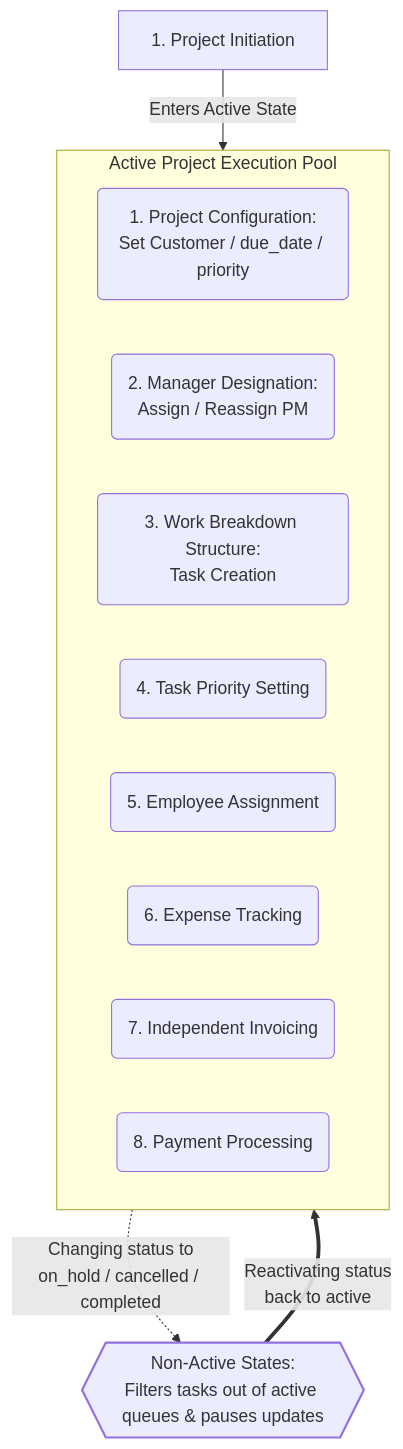
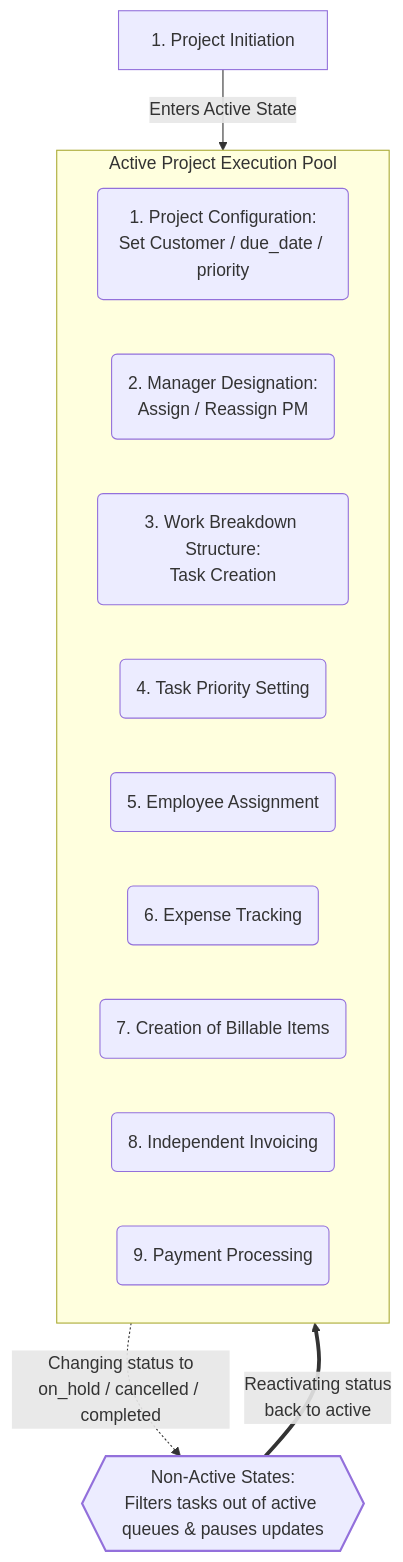
The first of 2 diagrams in docs/business-process.md (mauriciobarda/service-tenant-erp), drawn with Mermaid before and after one commit. The commit also changed other lines of this file, not shown here.

Commit message:
docs: refine billing lifecycle by introducing billable items workflows

````diff
--- a/docs/business-process.md
+++ b/docs/business-process.md
@@ -31,27 +32,28 @@
 ```mermaid
 flowchart TD
     classDef stateMachine stroke-width:2px;
 
     %% Phase 1: Initialization
     S0[1. Project Initiation] -->|Enters Active State| Active_Project_State
 
     %% Active Lifecycle Pool (Everything can happen concurrently)
     subgraph Active_Project_State [Active Project Execution Pool]
         S1("1. Project Configuration:\nSet Customer / due_date / priority")
         S2("2. Manager Designation:\nAssign / Reassign PM")
         S3("3. Work Breakdown Structure:\nTask Creation")
         S4("4. Task Priority Setting")
         S5("5. Employee Assignment")
         S6("6. Expense Tracking")
-        S7("7. Independent Invoicing")
-        S8("8. Payment Processing")
+        S7("7. Creation of Billable Items")
+        S8("8. Independent Invoicing")
+        S9("9. Payment Processing")
     end
 
     %% Global Interrupt pulling OUT of the active state
-    Active_Project_State -.->|"Changing status to\non_hold / cancelled / completed"| S9{{"Non-Active States:\nFilters tasks out of active queues & pauses updates"}}
+    Active_Project_State -.->|"Changing status to\non_hold / cancelled / completed"| S10{{"Non-Active States:\nFilters tasks out of active queues & pauses updates"}}
 
     %% Return path to Active State
-    S9 ==>|"Reactivating status\nback to active"| Active_Project_State 
+    S10 ==>|"Reactivating status\nback to active"| Active_Project_State 
 
-    class S9 stateMachine;
+    class S10 stateMachine;
 ```
````
